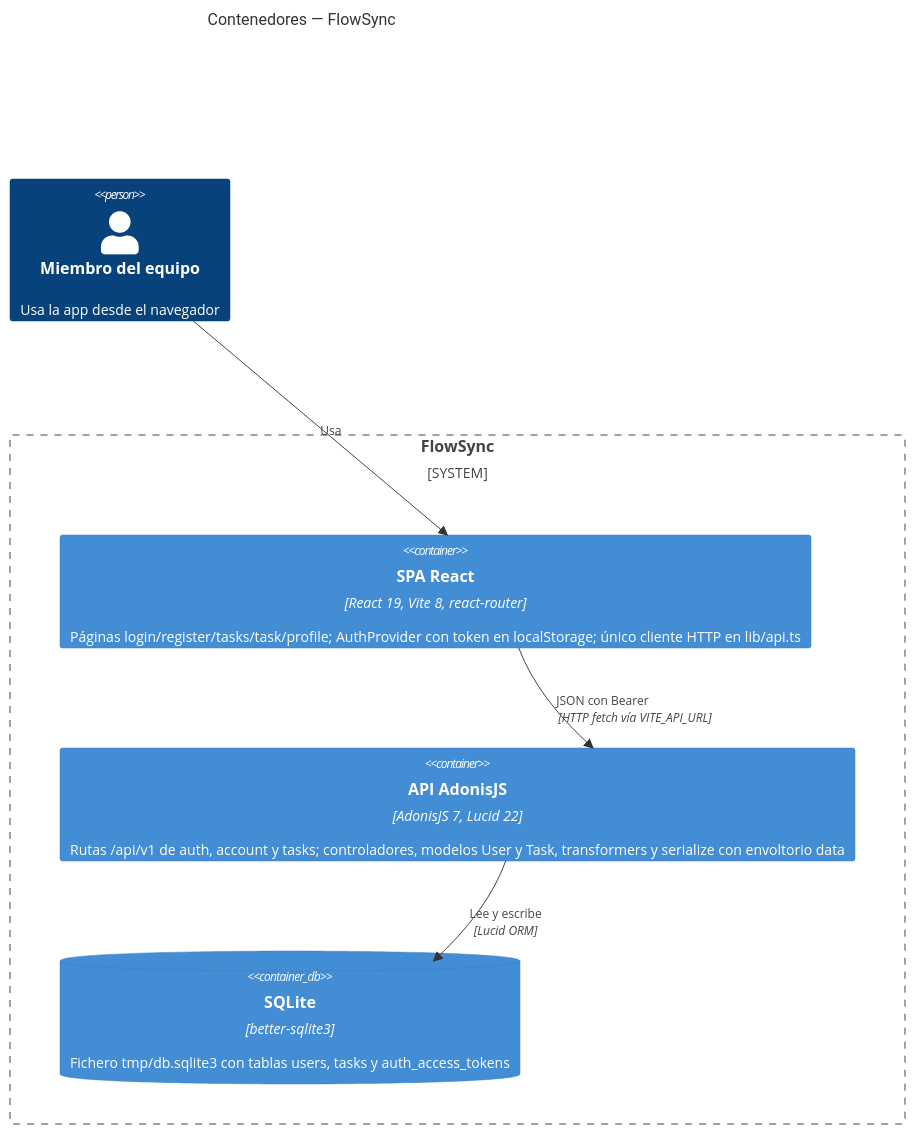
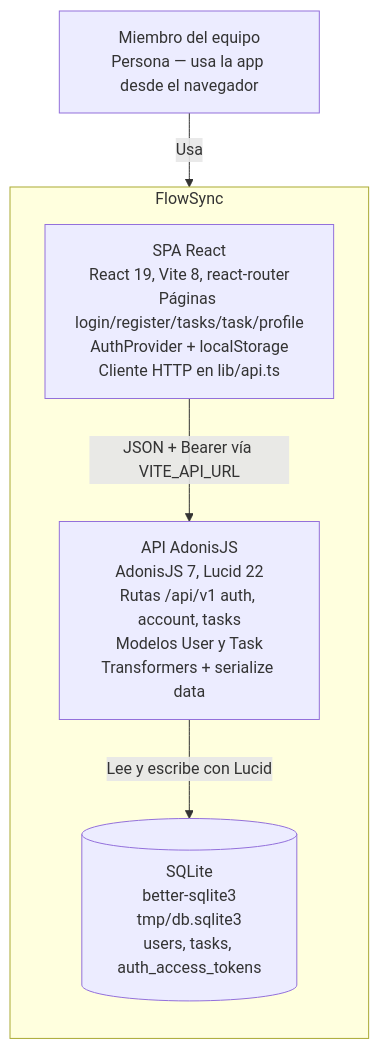
Before and after one commit to LIDR-academy-temp/flowsync-ai4devs-202610-seniors-I: the diagram in docs/architecture.md, drawn with Mermaid. The commit also changed other lines of this file, not shown here.

Commit message:
docs: hacer renderizable el diagrama de arquitectura

````diff
--- a/docs/architecture.md
+++ b/docs/architecture.md
@@ -5,16 +5,15 @@
 ```mermaid
-C4Container
-title Contenedores — FlowSync
+flowchart TB
+  user["Miembro del equipo<br/>Persona — usa la app desde el navegador"]
 
-Person(user, "Miembro del equipo", "Usa la app desde el navegador")
+  subgraph flowsync["FlowSync"]
+    direction TB
+    spa["SPA React<br/>React 19, Vite 8, react-router<br/>Páginas login/register/tasks/task/profile<br/>AuthProvider + localStorage<br/>Cliente HTTP en lib/api.ts"]
+    api["API AdonisJS<br/>AdonisJS 7, Lucid 22<br/>Rutas /api/v1 auth, account, tasks<br/>Modelos User y Task<br/>Transformers + serialize data"]
+    db[("SQLite<br/>better-sqlite3<br/>tmp/db.sqlite3<br/>users, tasks, auth_access_tokens")]
+  end
 
-System_Boundary(flowsync, "FlowSync") {
-  Container(spa, "SPA React", "React 19, Vite 8, react-router", "Páginas login/register/tasks/task/profile; AuthProvider con token en localStorage; único cliente HTTP en lib/api.ts")
-  Container(api, "API AdonisJS", "AdonisJS 7, Lucid 22", "Rutas /api/v1 de auth, account y tasks; controladores, modelos User y Task, transformers y serialize con envoltorio data")
-  ContainerDb(db, "SQLite", "better-sqlite3", "Fichero tmp/db.sqlite3 con tablas users, tasks y auth_access_tokens")
-}
-
-Rel(user, spa, "Usa")
-Rel(spa, api, "JSON con Bearer", "HTTP fetch vía VITE_API_URL")
-Rel(api, db, "Lee y escribe", "Lucid ORM")
+  user -->|Usa| spa
+  spa -->|"JSON + Bearer vía VITE_API_URL"| api
+  api -->|"Lee y escribe con Lucid"| db
 ```
````
